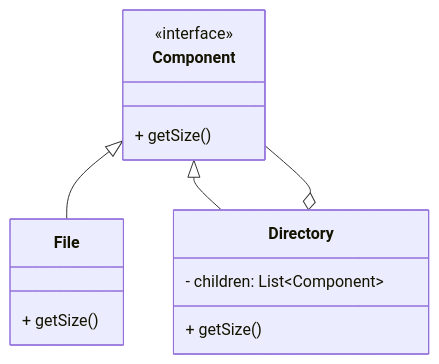
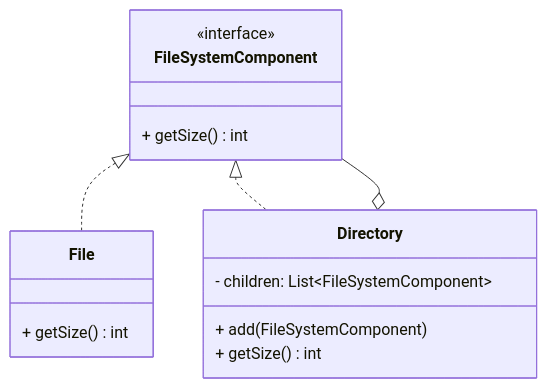
Before and after one commit to swapnilphalke97/Design-Pattern: the eighth of 22 diagrams in Readme.md, drawn with Mermaid. The commit also changed other lines of this file, not shown here.

````diff
--- a/Readme.md
+++ b/Readme.md
@@ -322,17 +364,18 @@
 ```mermaid
 classDiagram
-    class Component {
+    class FileSystemComponent {
         <<interface>>
-        + getSize()
+        + getSize() int
     }
     class File {
-        + getSize()
+        + getSize() int
     }
     class Directory {
-        - children: List~Component~
-        + getSize()
+        - children: List~FileSystemComponent~
+        + add(FileSystemComponent)
+        + getSize() int
     }
-    Component <|-- File
-    Component <|-- Directory
-    Directory o-- Component
+    FileSystemComponent <|.. File
+    FileSystemComponent <|.. Directory
+    Directory o-- FileSystemComponent
 ```
````
